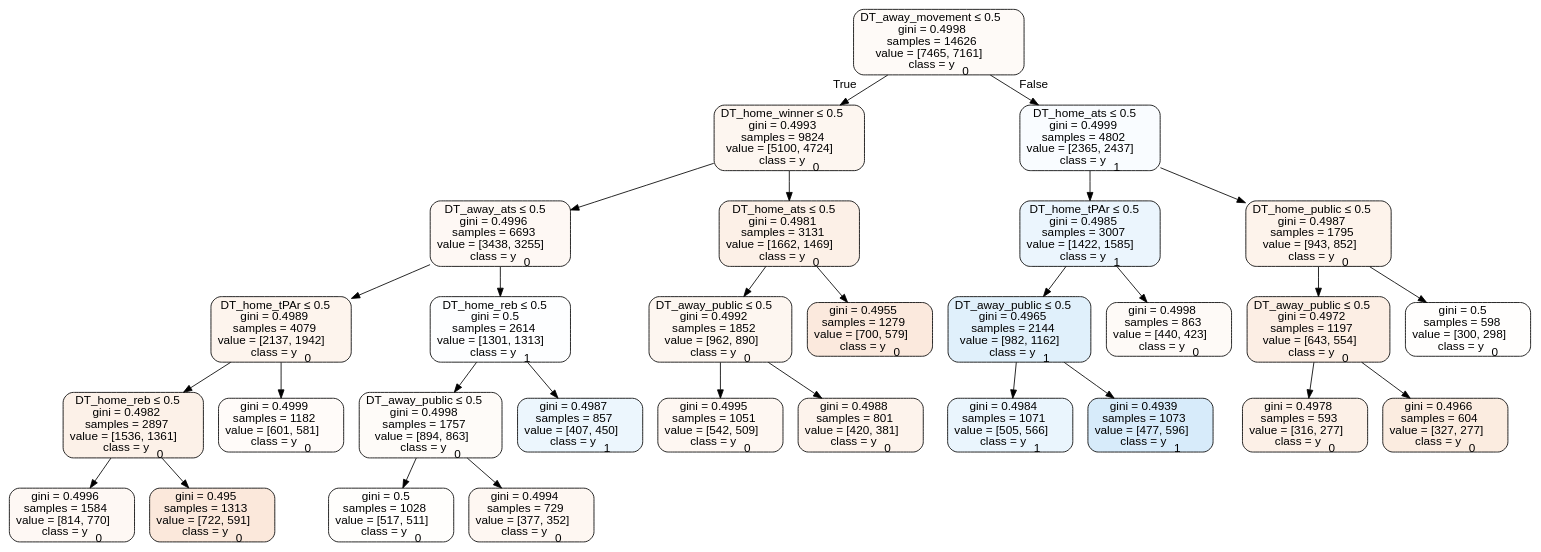
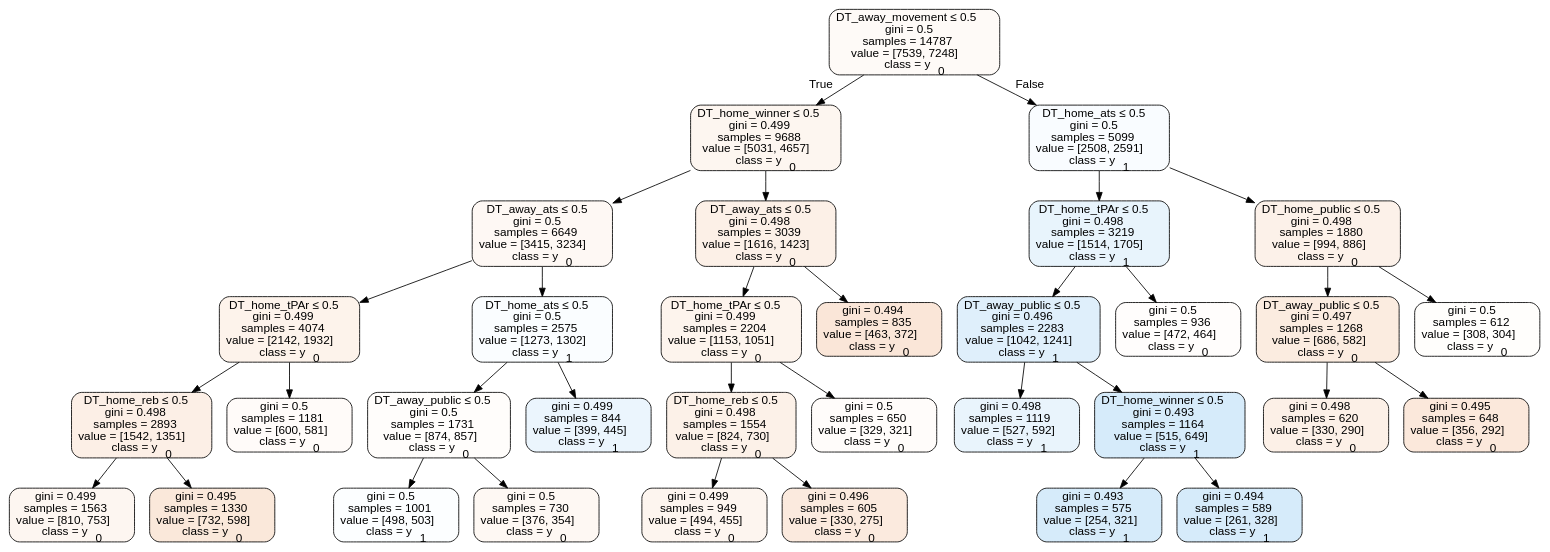
The diagram in Basketball/data/trees/tree2016home.dot (usbogie/ncaa-bets), drawn with Graphviz before and after one commit. The commit also changed 26 other files, not shown here.

```diff
--- a/Basketball/data/trees/tree2016home.dot
+++ b/Basketball/data/trees/tree2016home.dot
@@ -1,61 +1,69 @@
 digraph Tree {
 node [shape=box, style="filled, rounded", color="black", fontname=helvetica] ;
 edge [fontname=helvetica] ;
-0 [label=<DT_away_movement &le; 0.5<br/>gini = 0.4998<br/>samples = 14626<br/>value = [7465, 7161]<br/>class = y<SUB>0</SUB>>, fillcolor="#e581390a"] ;
-1 [label=<DT_home_winner &le; 0.5<br/>gini = 0.4993<br/>samples = 9824<br/>value = [5100, 4724]<br/>class = y<SUB>0</SUB>>, fillcolor="#e5813913"] ;
+0 [label=<DT_away_movement &le; 0.5<br/>gini = 0.5<br/>samples = 14787<br/>value = [7539, 7248]<br/>class = y<SUB>0</SUB>>, fillcolor="#e581390a"] ;
+1 [label=<DT_home_winner &le; 0.5<br/>gini = 0.499<br/>samples = 9688<br/>value = [5031, 4657]<br/>class = y<SUB>0</SUB>>, fillcolor="#e5813913"] ;
 0 -> 1 [labeldistance=2.5, labelangle=45, headlabel="True"] ;
-2 [label=<DT_away_ats &le; 0.5<br/>gini = 0.4996<br/>samples = 6693<br/>value = [3438, 3255]<br/>class = y<SUB>0</SUB>>, fillcolor="#e581390e"] ;
+2 [label=<DT_away_ats &le; 0.5<br/>gini = 0.5<br/>samples = 6649<br/>value = [3415, 3234]<br/>class = y<SUB>0</SUB>>, fillcolor="#e581390e"] ;
 1 -> 2 ;
-3 [label=<DT_home_tPAr &le; 0.5<br/>gini = 0.4989<br/>samples = 4079<br/>value = [2137, 1942]<br/>class = y<SUB>0</SUB>>, fillcolor="#e5813917"] ;
+3 [label=<DT_home_tPAr &le; 0.5<br/>gini = 0.499<br/>samples = 4074<br/>value = [2142, 1932]<br/>class = y<SUB>0</SUB>>, fillcolor="#e5813919"] ;
 2 -> 3 ;
-4 [label=<DT_home_reb &le; 0.5<br/>gini = 0.4982<br/>samples = 2897<br/>value = [1536, 1361]<br/>class = y<SUB>0</SUB>>, fillcolor="#e581391d"] ;
+4 [label=<DT_home_reb &le; 0.5<br/>gini = 0.498<br/>samples = 2893<br/>value = [1542, 1351]<br/>class = y<SUB>0</SUB>>, fillcolor="#e5813920"] ;
 3 -> 4 ;
-5 [label=<gini = 0.4996<br/>samples = 1584<br/>value = [814, 770]<br/>class = y<SUB>0</SUB>>, fillcolor="#e581390e"] ;
+5 [label=<gini = 0.499<br/>samples = 1563<br/>value = [810, 753]<br/>class = y<SUB>0</SUB>>, fillcolor="#e5813912"] ;
 4 -> 5 ;
-6 [label=<gini = 0.495<br/>samples = 1313<br/>value = [722, 591]<br/>class = y<SUB>0</SUB>>, fillcolor="#e581392e"] ;
+6 [label=<gini = 0.495<br/>samples = 1330<br/>value = [732, 598]<br/>class = y<SUB>0</SUB>>, fillcolor="#e581392f"] ;
 4 -> 6 ;
-7 [label=<gini = 0.4999<br/>samples = 1182<br/>value = [601, 581]<br/>class = y<SUB>0</SUB>>, fillcolor="#e5813908"] ;
+7 [label=<gini = 0.5<br/>samples = 1181<br/>value = [600, 581]<br/>class = y<SUB>0</SUB>>, fillcolor="#e5813908"] ;
 3 -> 7 ;
-8 [label=<DT_home_reb &le; 0.5<br/>gini = 0.5<br/>samples = 2614<br/>value = [1301, 1313]<br/>class = y<SUB>1</SUB>>, fillcolor="#399de502"] ;
+8 [label=<DT_home_ats &le; 0.5<br/>gini = 0.5<br/>samples = 2575<br/>value = [1273, 1302]<br/>class = y<SUB>1</SUB>>, fillcolor="#399de506"] ;
 2 -> 8 ;
-9 [label=<DT_away_public &le; 0.5<br/>gini = 0.4998<br/>samples = 1757<br/>value = [894, 863]<br/>class = y<SUB>0</SUB>>, fillcolor="#e5813909"] ;
+9 [label=<DT_away_public &le; 0.5<br/>gini = 0.5<br/>samples = 1731<br/>value = [874, 857]<br/>class = y<SUB>0</SUB>>, fillcolor="#e5813905"] ;
 8 -> 9 ;
-10 [label=<gini = 0.5<br/>samples = 1028<br/>value = [517, 511]<br/>class = y<SUB>0</SUB>>, fillcolor="#e5813903"] ;
+10 [label=<gini = 0.5<br/>samples = 1001<br/>value = [498, 503]<br/>class = y<SUB>1</SUB>>, fillcolor="#399de503"] ;
 9 -> 10 ;
-11 [label=<gini = 0.4994<br/>samples = 729<br/>value = [377, 352]<br/>class = y<SUB>0</SUB>>, fillcolor="#e5813911"] ;
+11 [label=<gini = 0.5<br/>samples = 730<br/>value = [376, 354]<br/>class = y<SUB>0</SUB>>, fillcolor="#e581390f"] ;
 9 -> 11 ;
-12 [label=<gini = 0.4987<br/>samples = 857<br/>value = [407, 450]<br/>class = y<SUB>1</SUB>>, fillcolor="#399de518"] ;
+12 [label=<gini = 0.499<br/>samples = 844<br/>value = [399, 445]<br/>class = y<SUB>1</SUB>>, fillcolor="#399de51a"] ;
 8 -> 12 ;
-13 [label=<DT_home_ats &le; 0.5<br/>gini = 0.4981<br/>samples = 3131<br/>value = [1662, 1469]<br/>class = y<SUB>0</SUB>>, fillcolor="#e581391e"] ;
+13 [label=<DT_away_ats &le; 0.5<br/>gini = 0.498<br/>samples = 3039<br/>value = [1616, 1423]<br/>class = y<SUB>0</SUB>>, fillcolor="#e581391e"] ;
 1 -> 13 ;
-14 [label=<DT_away_public &le; 0.5<br/>gini = 0.4992<br/>samples = 1852<br/>value = [962, 890]<br/>class = y<SUB>0</SUB>>, fillcolor="#e5813913"] ;
+14 [label=<DT_home_tPAr &le; 0.5<br/>gini = 0.499<br/>samples = 2204<br/>value = [1153, 1051]<br/>class = y<SUB>0</SUB>>, fillcolor="#e5813917"] ;
 13 -> 14 ;
-15 [label=<gini = 0.4995<br/>samples = 1051<br/>value = [542, 509]<br/>class = y<SUB>0</SUB>>, fillcolor="#e5813910"] ;
+15 [label=<DT_home_reb &le; 0.5<br/>gini = 0.498<br/>samples = 1554<br/>value = [824, 730]<br/>class = y<SUB>0</SUB>>, fillcolor="#e581391d"] ;
 14 -> 15 ;
-16 [label=<gini = 0.4988<br/>samples = 801<br/>value = [420, 381]<br/>class = y<SUB>0</SUB>>, fillcolor="#e5813918"] ;
-14 -> 16 ;
-17 [label=<gini = 0.4955<br/>samples = 1279<br/>value = [700, 579]<br/>class = y<SUB>0</SUB>>, fillcolor="#e581392c"] ;
-13 -> 17 ;
-18 [label=<DT_home_ats &le; 0.5<br/>gini = 0.4999<br/>samples = 4802<br/>value = [2365, 2437]<br/>class = y<SUB>1</SUB>>, fillcolor="#399de508"] ;
-0 -> 18 [labeldistance=2.5, labelangle=-45, headlabel="False"] ;
-19 [label=<DT_home_tPAr &le; 0.5<br/>gini = 0.4985<br/>samples = 3007<br/>value = [1422, 1585]<br/>class = y<SUB>1</SUB>>, fillcolor="#399de51a"] ;
-18 -> 19 ;
-20 [label=<DT_away_public &le; 0.5<br/>gini = 0.4965<br/>samples = 2144<br/>value = [982, 1162]<br/>class = y<SUB>1</SUB>>, fillcolor="#399de528"] ;
-19 -> 20 ;
-21 [label=<gini = 0.4984<br/>samples = 1071<br/>value = [505, 566]<br/>class = y<SUB>1</SUB>>, fillcolor="#399de51b"] ;
+16 [label=<gini = 0.499<br/>samples = 949<br/>value = [494, 455]<br/>class = y<SUB>0</SUB>>, fillcolor="#e5813914"] ;
+15 -> 16 ;
+17 [label=<gini = 0.496<br/>samples = 605<br/>value = [330, 275]<br/>class = y<SUB>0</SUB>>, fillcolor="#e581392a"] ;
+15 -> 17 ;
+18 [label=<gini = 0.5<br/>samples = 650<br/>value = [329, 321]<br/>class = y<SUB>0</SUB>>, fillcolor="#e5813906"] ;
+14 -> 18 ;
+19 [label=<gini = 0.494<br/>samples = 835<br/>value = [463, 372]<br/>class = y<SUB>0</SUB>>, fillcolor="#e5813932"] ;
+13 -> 19 ;
+20 [label=<DT_home_ats &le; 0.5<br/>gini = 0.5<br/>samples = 5099<br/>value = [2508, 2591]<br/>class = y<SUB>1</SUB>>, fillcolor="#399de508"] ;
+0 -> 20 [labeldistance=2.5, labelangle=-45, headlabel="False"] ;
+21 [label=<DT_home_tPAr &le; 0.5<br/>gini = 0.498<br/>samples = 3219<br/>value = [1514, 1705]<br/>class = y<SUB>1</SUB>>, fillcolor="#399de51d"] ;
 20 -> 21 ;
-22 [label=<gini = 0.4939<br/>samples = 1073<br/>value = [477, 596]<br/>class = y<SUB>1</SUB>>, fillcolor="#399de533"] ;
-20 -> 22 ;
-23 [label=<gini = 0.4998<br/>samples = 863<br/>value = [440, 423]<br/>class = y<SUB>0</SUB>>, fillcolor="#e581390a"] ;
-19 -> 23 ;
-24 [label=<DT_home_public &le; 0.5<br/>gini = 0.4987<br/>samples = 1795<br/>value = [943, 852]<br/>class = y<SUB>0</SUB>>, fillcolor="#e5813919"] ;
-18 -> 24 ;
-25 [label=<DT_away_public &le; 0.5<br/>gini = 0.4972<br/>samples = 1197<br/>value = [643, 554]<br/>class = y<SUB>0</SUB>>, fillcolor="#e5813923"] ;
+22 [label=<DT_away_public &le; 0.5<br/>gini = 0.496<br/>samples = 2283<br/>value = [1042, 1241]<br/>class = y<SUB>1</SUB>>, fillcolor="#399de529"] ;
+21 -> 22 ;
+23 [label=<gini = 0.498<br/>samples = 1119<br/>value = [527, 592]<br/>class = y<SUB>1</SUB>>, fillcolor="#399de51c"] ;
+22 -> 23 ;
+24 [label=<DT_home_winner &le; 0.5<br/>gini = 0.493<br/>samples = 1164<br/>value = [515, 649]<br/>class = y<SUB>1</SUB>>, fillcolor="#399de535"] ;
+22 -> 24 ;
+25 [label=<gini = 0.493<br/>samples = 575<br/>value = [254, 321]<br/>class = y<SUB>1</SUB>>, fillcolor="#399de535"] ;
 24 -> 25 ;
-26 [label=<gini = 0.4978<br/>samples = 593<br/>value = [316, 277]<br/>class = y<SUB>0</SUB>>, fillcolor="#e581391f"] ;
-25 -> 26 ;
-27 [label=<gini = 0.4966<br/>samples = 604<br/>value = [327, 277]<br/>class = y<SUB>0</SUB>>, fillcolor="#e5813927"] ;
-25 -> 27 ;
-28 [label=<gini = 0.5<br/>samples = 598<br/>value = [300, 298]<br/>class = y<SUB>0</SUB>>, fillcolor="#e5813902"] ;
-24 -> 28 ;
+26 [label=<gini = 0.494<br/>samples = 589<br/>value = [261, 328]<br/>class = y<SUB>1</SUB>>, fillcolor="#399de534"] ;
+24 -> 26 ;
+27 [label=<gini = 0.5<br/>samples = 936<br/>value = [472, 464]<br/>class = y<SUB>0</SUB>>, fillcolor="#e5813904"] ;
+21 -> 27 ;
+28 [label=<DT_home_public &le; 0.5<br/>gini = 0.498<br/>samples = 1880<br/>value = [994, 886]<br/>class = y<SUB>0</SUB>>, fillcolor="#e581391c"] ;
+20 -> 28 ;
+29 [label=<DT_away_public &le; 0.5<br/>gini = 0.497<br/>samples = 1268<br/>value = [686, 582]<br/>class = y<SUB>0</SUB>>, fillcolor="#e5813927"] ;
+28 -> 29 ;
+30 [label=<gini = 0.498<br/>samples = 620<br/>value = [330, 290]<br/>class = y<SUB>0</SUB>>, fillcolor="#e581391f"] ;
+29 -> 30 ;
+31 [label=<gini = 0.495<br/>samples = 648<br/>value = [356, 292]<br/>class = y<SUB>0</SUB>>, fillcolor="#e581392e"] ;
+29 -> 31 ;
+32 [label=<gini = 0.5<br/>samples = 612<br/>value = [308, 304]<br/>class = y<SUB>0</SUB>>, fillcolor="#e5813903"] ;
+28 -> 32 ;
 }
```
